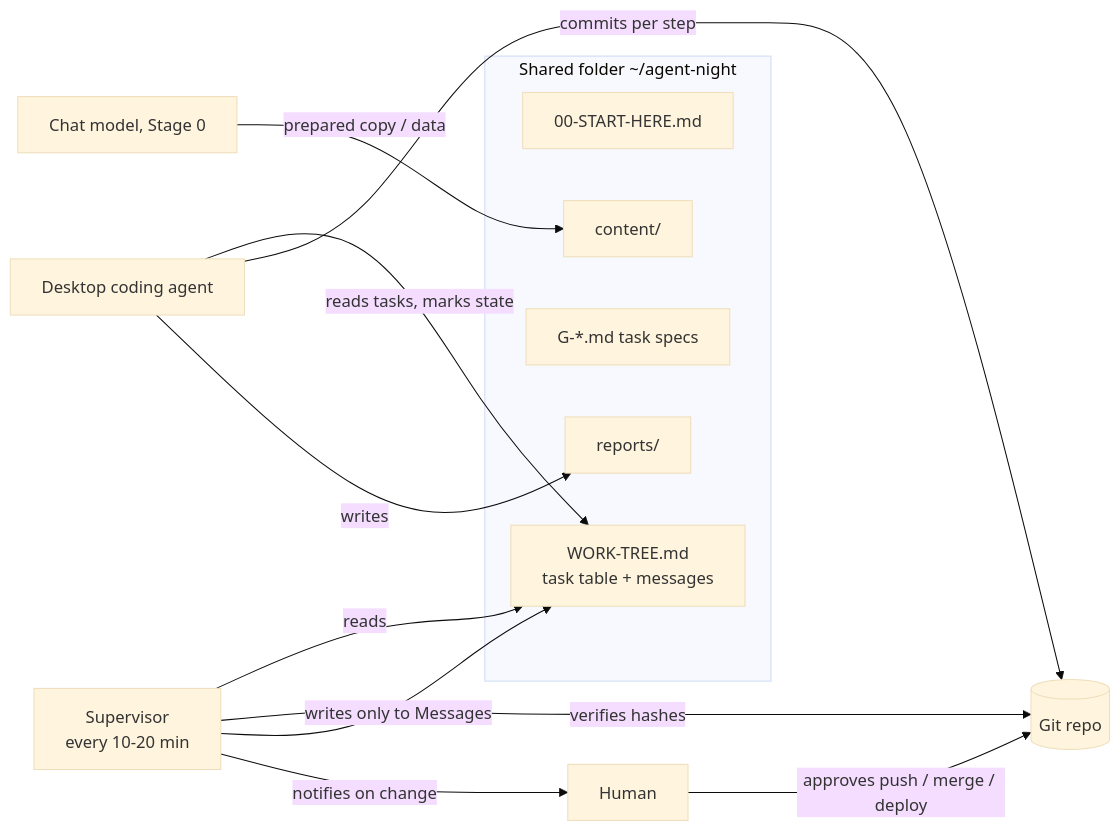
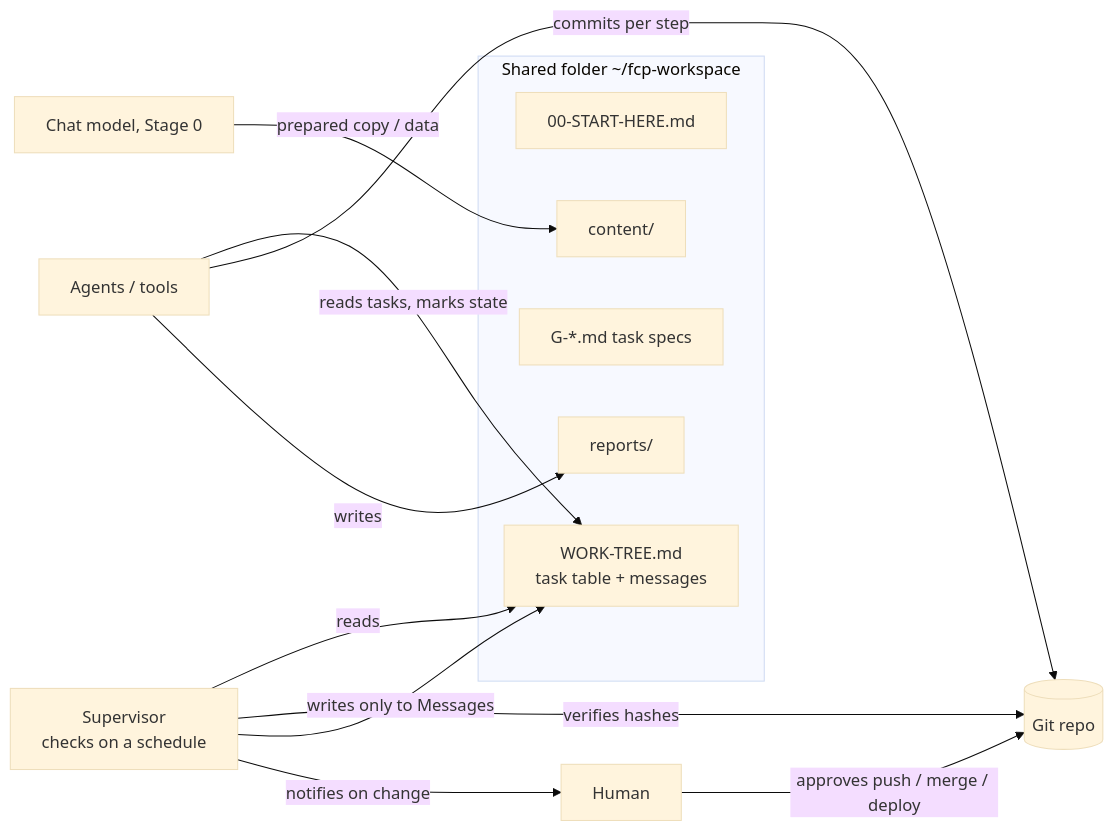
The diagram in README.md (gabios-dev/file-context-protocol), drawn with Mermaid (base theme) before and after one commit. The commit also changed other lines of this file and 10 other files, not shown here.

Commit message:
Reframe FCP as a 24/7 channel; Night mode optional; ~/fcp-workspace; DONE.md

````diff
--- a/README.md
+++ b/README.md
@@ -30,19 +36,19 @@
 ```mermaid
 flowchart LR
     H[Human] -- approves push / merge / deploy --> R[(Git repo)]
-    subgraph F[Shared folder ~/agent-night]
+    subgraph F[Shared folder ~/fcp-workspace]
       S0[00-START-HERE.md]
       WT[WORK-TREE.md<br/>task table + messages]
       T[G-*.md task specs]
       C[content/]
       RP[reports/]
     end
-    A[Desktop coding agent] -- reads tasks, marks state --> WT
+    A[Agents / tools] -- reads tasks, marks state --> WT
     A -- commits per step --> R
     A -- writes --> RP
-    S[Supervisor<br/>every 10-20 min] -- reads --> WT
+    S[Supervisor<br/>checks on a schedule] -- reads --> WT
     S -- verifies hashes --> R
     S -- writes only to Messages --> WT
     S -- notifies on change --> H
     CM[Chat model, Stage 0] -- prepared copy / data --> C
 ```
````
